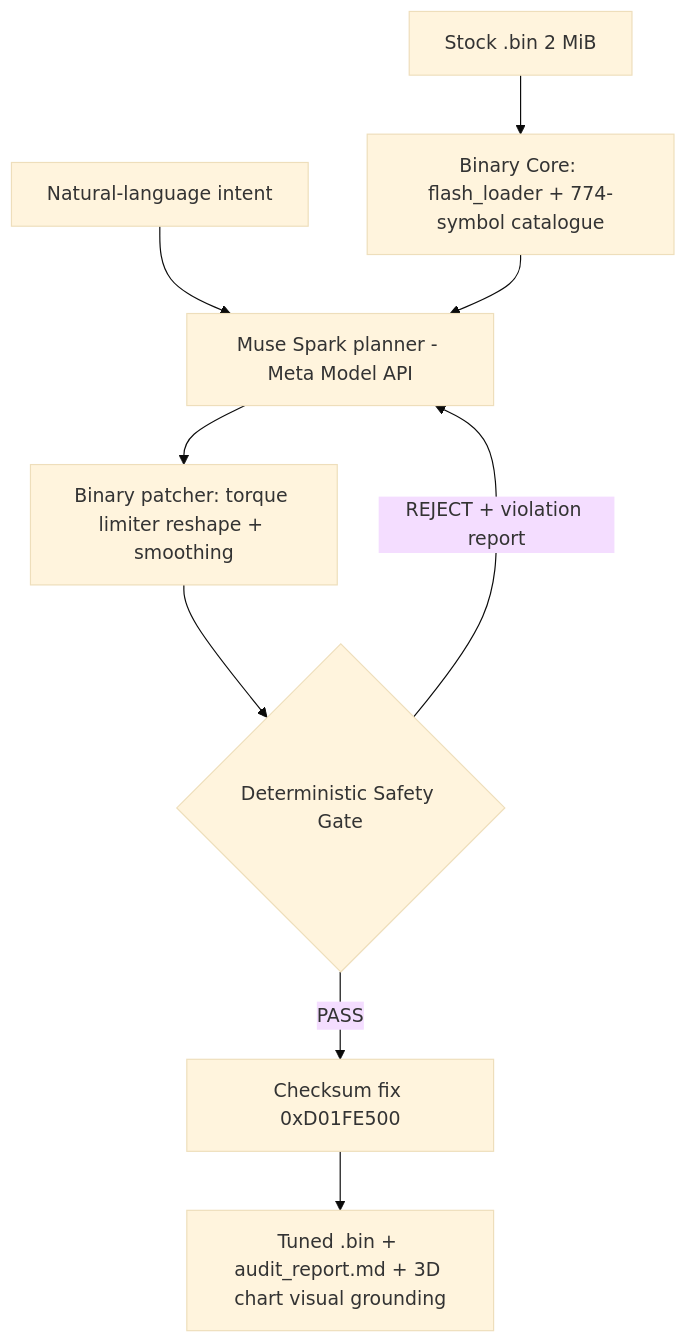
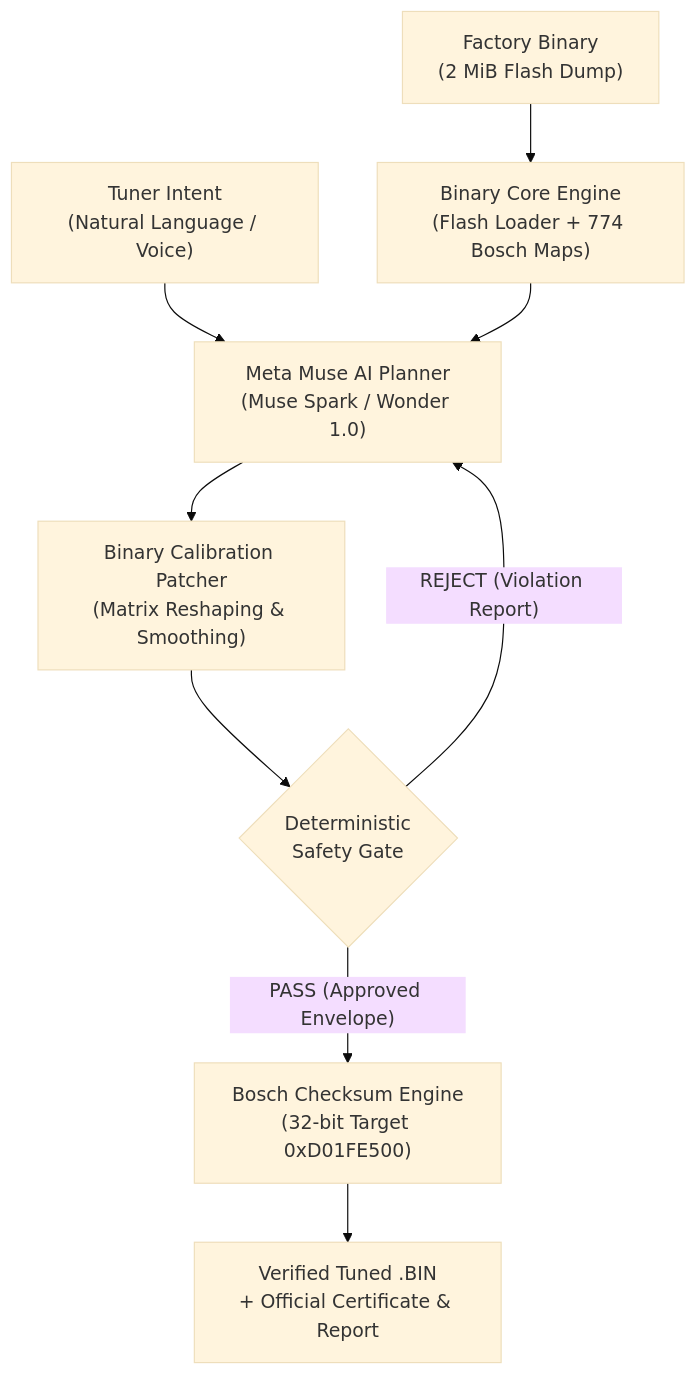
One commit to MichaelGrycz/MetaECU-Copilot changed the diagram in README.md. Above: the diagram before and after it, drawn with Mermaid (base theme).

Commit message:
fix(docs): resolve Mermaid diagram text truncation on GitHub

````diff
--- a/README.md
+++ b/README.md
@@ -63,11 +63,11 @@
 ```mermaid
 graph TD
-    A[Stock .bin 2 MiB] --> B[Binary Core: flash_loader + 774-symbol catalogue]
-    C[Natural-language intent] --> D[Muse Spark planner - Meta Model API]
+    A["Factory Binary<br/>(2 MiB Flash Dump)"] --> B["Binary Core Engine<br/>(Flash Loader + 774 Bosch Maps)"]
+    C["Tuner Intent<br/>(Natural Language / Voice)"] --> D["Meta Muse AI Planner<br/>(Muse Spark / Wonder 1.0)"]
     B --> D
-    D --> E[Binary patcher: torque limiter reshape + smoothing]
-    E --> F{Deterministic Safety Gate}
-    F -- REJECT + violation report --> D
-    F -- PASS --> G[Checksum fix 0xD01FE500]
-    G --> H[Tuned .bin + audit_report.md + 3D chart visual grounding]
+    D --> E["Binary Calibration Patcher<br/>(Matrix Reshaping & Smoothing)"]
+    E --> F{"Deterministic<br/>Safety Gate"}
+    F -- "REJECT (Violation Report)" --> D
+    F -- "PASS (Approved Envelope)" --> G["Bosch Checksum Engine<br/>(32-bit Target 0xD01FE500)"]
+    G --> H["Verified Tuned .BIN<br/>+ Official Certificate & Report"]
 ```
````
